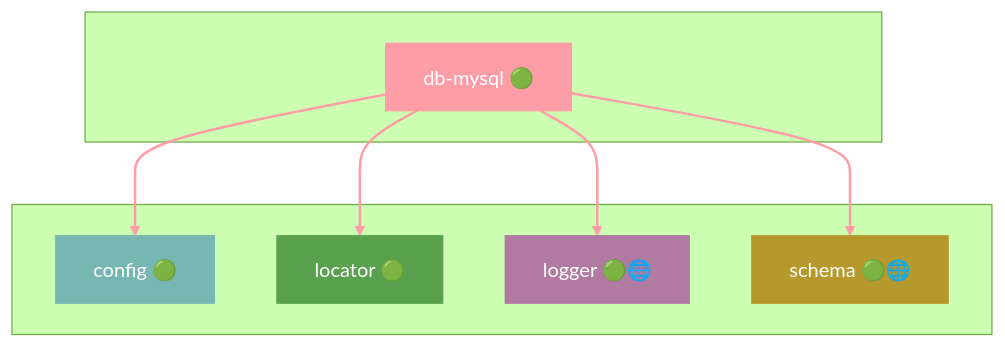
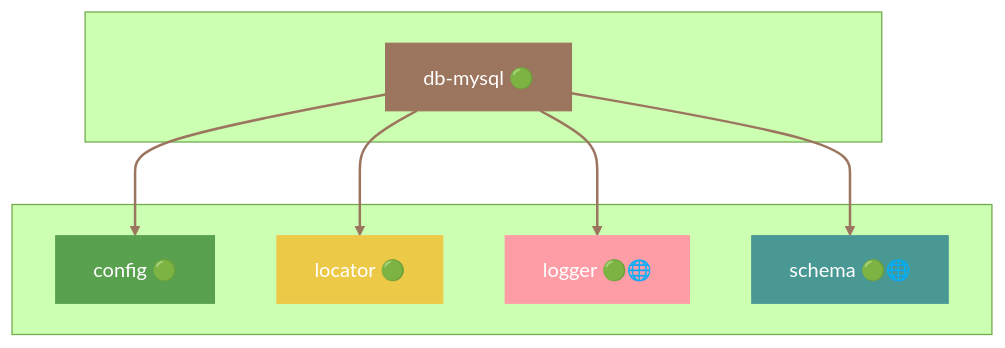
The tenth of 43 diagrams in docs/DEPENDENCIES.md (grest-ts/grest-ts), drawn with Mermaid (forest theme) before and after one commit. The commit also changed other lines of this file and 86 other files, not shown here.

````diff
--- a/docs/DEPENDENCIES.md
+++ b/docs/DEPENDENCIES.md
@@ -635,25 +685,25 @@
 ```mermaid
 flowchart TB
     subgraph Package[" "]
         db-mysql["db-mysql 🟢"]
     end
     subgraph Dependencies[" "]
         config["config 🟢"]
         locator["locator 🟢"]
         logger["logger 🟢🌐"]
         schema["schema 🟢🌐"]
     end
     db-mysql --> config
     db-mysql --> locator
     db-mysql --> logger
     db-mysql --> schema
-    style db-mysql fill:#FF9DA7,stroke:#FF9DA7,color:#fff
-    style config fill:#76B7B2,stroke:#76B7B2,color:#fff
-    style locator fill:#59A14F,stroke:#59A14F,color:#fff
-    style logger fill:#B07AA1,stroke:#B07AA1,color:#fff
-    style schema fill:#B6992D,stroke:#B6992D,color:#fff
-    linkStyle 0 stroke:#FF9DA7,stroke-width:2px
-    linkStyle 1 stroke:#FF9DA7,stroke-width:2px
-    linkStyle 2 stroke:#FF9DA7,stroke-width:2px
-    linkStyle 3 stroke:#FF9DA7,stroke-width:2px
+    style db-mysql fill:#9C755F,stroke:#9C755F,color:#fff
+    style config fill:#59A14F,stroke:#59A14F,color:#fff
+    style locator fill:#EDC948,stroke:#EDC948,color:#fff
+    style logger fill:#FF9DA7,stroke:#FF9DA7,color:#fff
+    style schema fill:#499894,stroke:#499894,color:#fff
+    linkStyle 0 stroke:#9C755F,stroke-width:2px
+    linkStyle 1 stroke:#9C755F,stroke-width:2px
+    linkStyle 2 stroke:#9C755F,stroke-width:2px
+    linkStyle 3 stroke:#9C755F,stroke-width:2px
 ```
````
